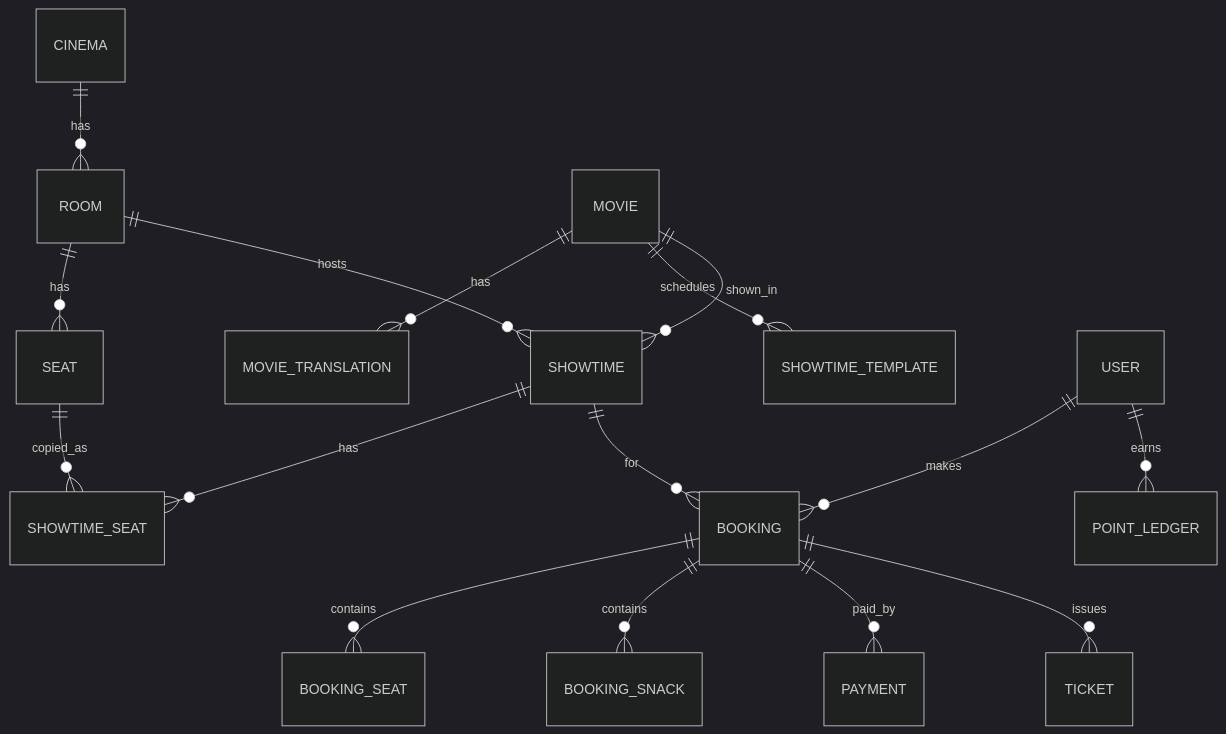
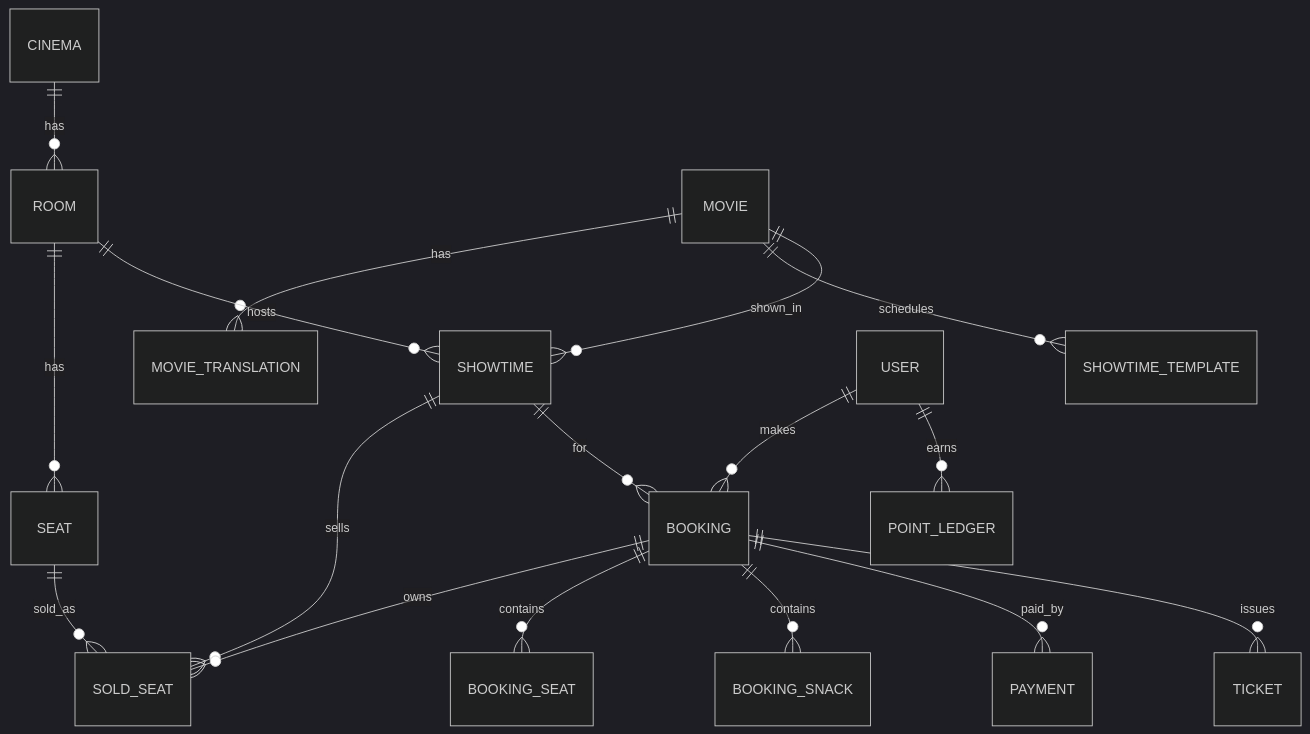
Before and after one commit to pnn-re1506/cinebot---Cinema-Booking-with-Chatbot: the third of 8 diagrams in docs/ARCHITECTURE.md, drawn with Mermaid (dark theme). The commit also changed other lines of this file and 12 other files, not shown here.

````diff
--- a/docs/ARCHITECTURE.md
+++ b/docs/ARCHITECTURE.md
@@ -127,18 +130,19 @@
 ```mermaid
 erDiagram
     CINEMA ||--o{ ROOM : has
     ROOM ||--o{ SEAT : has
     MOVIE ||--o{ MOVIE_TRANSLATION : has
     MOVIE ||--o{ SHOWTIME_TEMPLATE : schedules
     MOVIE ||--o{ SHOWTIME : shown_in
     ROOM ||--o{ SHOWTIME : hosts
-    SHOWTIME ||--o{ SHOWTIME_SEAT : has
-    SEAT ||--o{ SHOWTIME_SEAT : copied_as
+    SHOWTIME ||--o{ SOLD_SEAT : sells
+    SEAT ||--o{ SOLD_SEAT : sold_as
+    BOOKING ||--o{ SOLD_SEAT : owns
     BOOKING ||--o{ BOOKING_SEAT : contains
     BOOKING ||--o{ BOOKING_SNACK : contains
     BOOKING ||--o{ PAYMENT : paid_by
     BOOKING ||--o{ TICKET : issues
     USER ||--o{ BOOKING : makes
     USER ||--o{ POINT_LEDGER : earns
     SHOWTIME ||--o{ BOOKING : for
 ```
````
